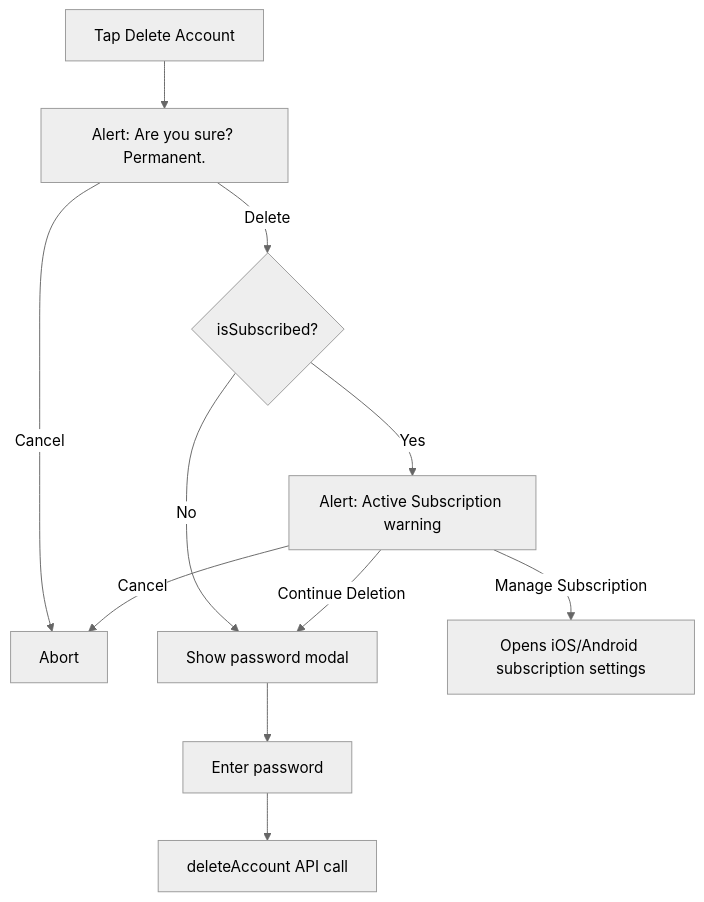
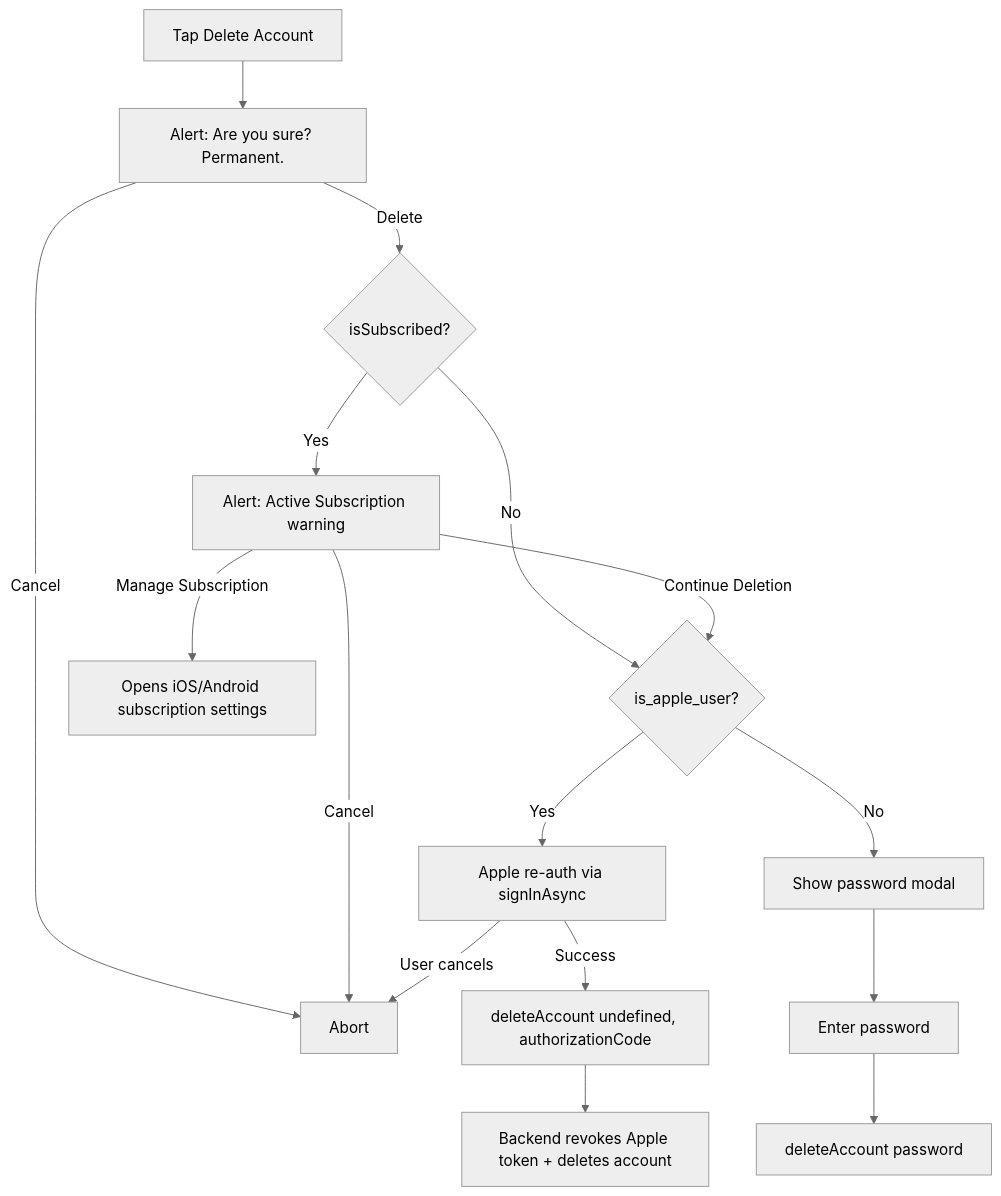
Before and after one commit to ahmetk3436/Daiyly: diagram 27 of 27 in FLOWS.md, drawn with Mermaid (neutral theme). The commit also changed other lines of this file and 6 other files, not shown here.

First line of the commit message:
fix: 3 logic gap fixes — notification OS sync, Apple token revocation, timezone docs

````diff
--- a/FLOWS.md
+++ b/FLOWS.md
@@ -1808,13 +1851,18 @@
 ```mermaid
 graph TD
     A[Tap Delete Account] --> B[Alert: Are you sure? Permanent.]
     B -->|Cancel| Z[Abort]
     B -->|Delete| C{isSubscribed?}
-    C -->|No| D[Show password modal]
+    C -->|No| J{is_apple_user?}
     C -->|Yes| E[Alert: Active Subscription warning]
     E -->|Manage Subscription| F[Opens iOS/Android subscription settings]
-    E -->|Continue Deletion| D
+    E -->|Continue Deletion| J
     E -->|Cancel| Z
+    J -->|Yes| K[Apple re-auth via signInAsync]
+    K -->|User cancels| Z
+    K -->|Success| L[deleteAccount undefined, authorizationCode]
+    L --> M[Backend revokes Apple token + deletes account]
+    J -->|No| D[Show password modal]
     D --> G[Enter password]
-    G --> H[deleteAccount API call]
+    G --> H[deleteAccount password]
 ```
````
